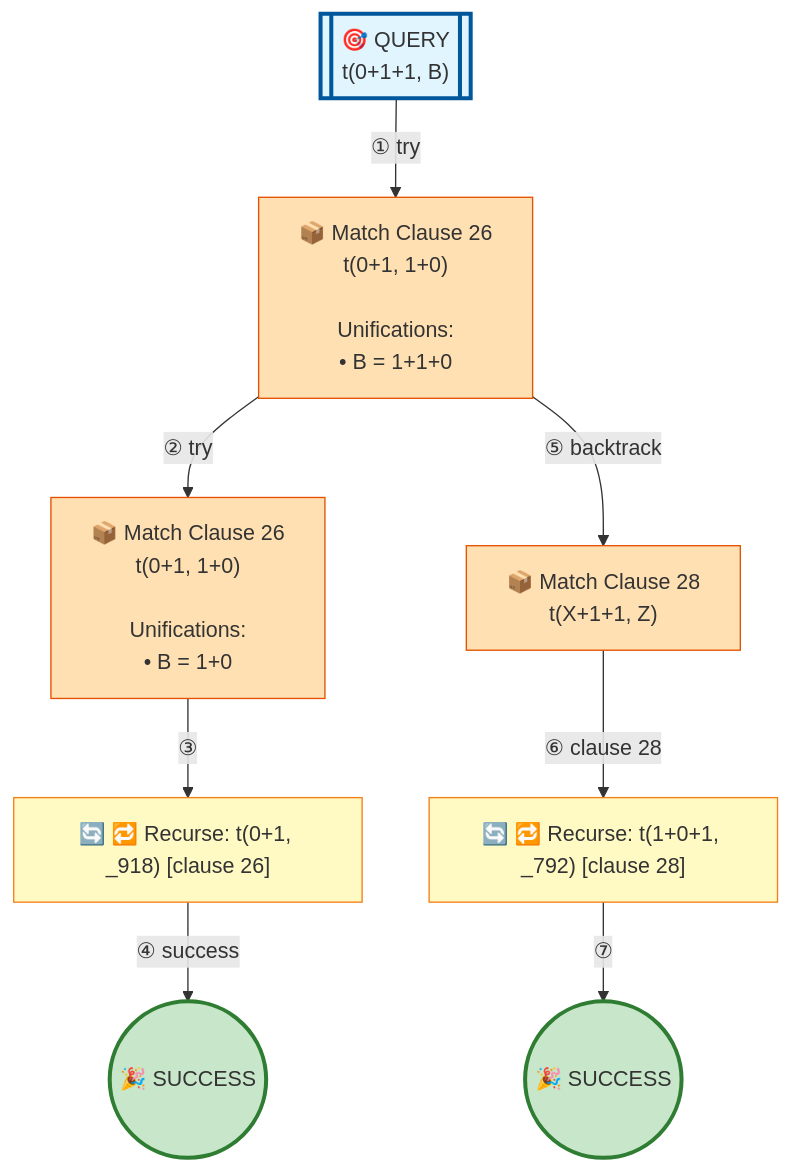
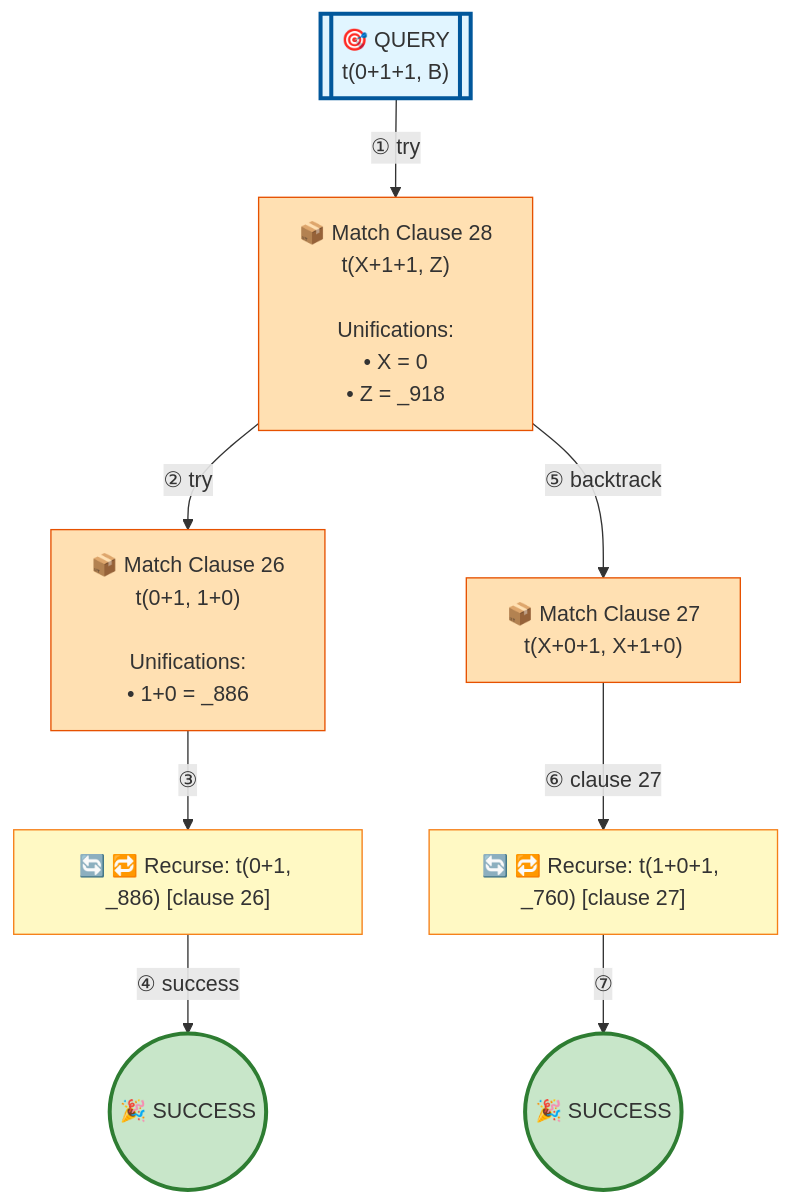
The diagram in examples/3_3_operators-output.md (jarecsni/prolog-trace-viz), drawn with Mermaid before and after one commit. The commit also changed other lines of this file and 17 other files, not shown here.

````diff
--- a/examples/3_3_operators-output.md
+++ b/examples/3_3_operators-output.md
@@ -19,32 +19,32 @@
 ```mermaid
 graph TD
 
 %% Nodes
 A[["🎯 QUERY<br/>t(0+1+1, B)"]]
-B["📦 Match Clause 26<br/>t(0+1, 1+0)<br/><br/>Unifications:<br/>• B = 1+1+0"]
-C["🔄 🔁 Recurse: t(0+1, _918) [clause 26]"]
-D["📦 Match Clause 26<br/>t(0+1, 1+0)<br/><br/>Unifications:<br/>• B = 1+0"]
+B["📦 Match Clause 28<br/>t(X+1+1, Z)<br/><br/>Unifications:<br/>• X = 0<br/>• Z = _918"]
+C["🔄 🔁 Recurse: t(0+1, _886) [clause 26]"]
+D["📦 Match Clause 26<br/>t(0+1, 1+0)<br/><br/>Unifications:<br/>• 1+0 = _886"]
 E(("🎉 SUCCESS"))
-F["📦 Match Clause 28<br/>t(X+1+1, Z)"]
-G["🔄 🔁 Recurse: t(1+0+1, _792) [clause 28]"]
+F["📦 Match Clause 27<br/>t(X+0+1, X+1+0)"]
+G["🔄 🔁 Recurse: t(1+0+1, _760) [clause 27]"]
 H(("🎉 SUCCESS"))
 
 %% Edges
 A -->|"① try"| B
 B -->|"② try"| D
 D -->|"③"| C
 C -->|"④ success"| E
 B -->|"⑤ backtrack"| F
-F -->|"⑥ clause 28"| G
+F -->|"⑥ clause 27"| G
 G -->|"⑦"| H
 
 %% Styles
 style A fill:#e1f5ff,stroke:#01579b,stroke-width:3px
 style B fill:#ffe0b2,stroke:#e65100
 style C fill:#fff9c4,stroke:#f57f17
 style D fill:#ffe0b2,stroke:#e65100
 style E fill:#c8e6c9,stroke:#2e7d32,stroke-width:3px
 style F fill:#ffe0b2,stroke:#e65100
 style G fill:#fff9c4,stroke:#f57f17
 style H fill:#c8e6c9,stroke:#2e7d32,stroke-width:3px
 ```
````
